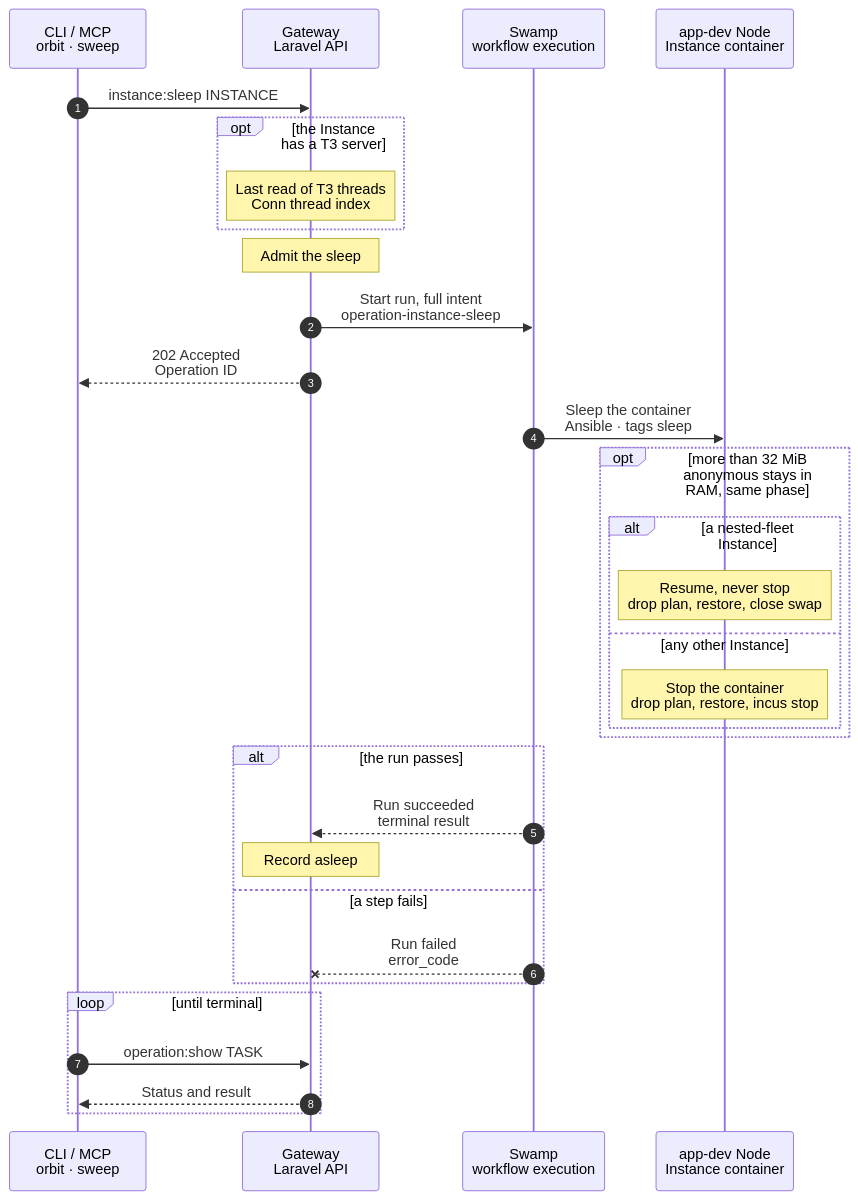
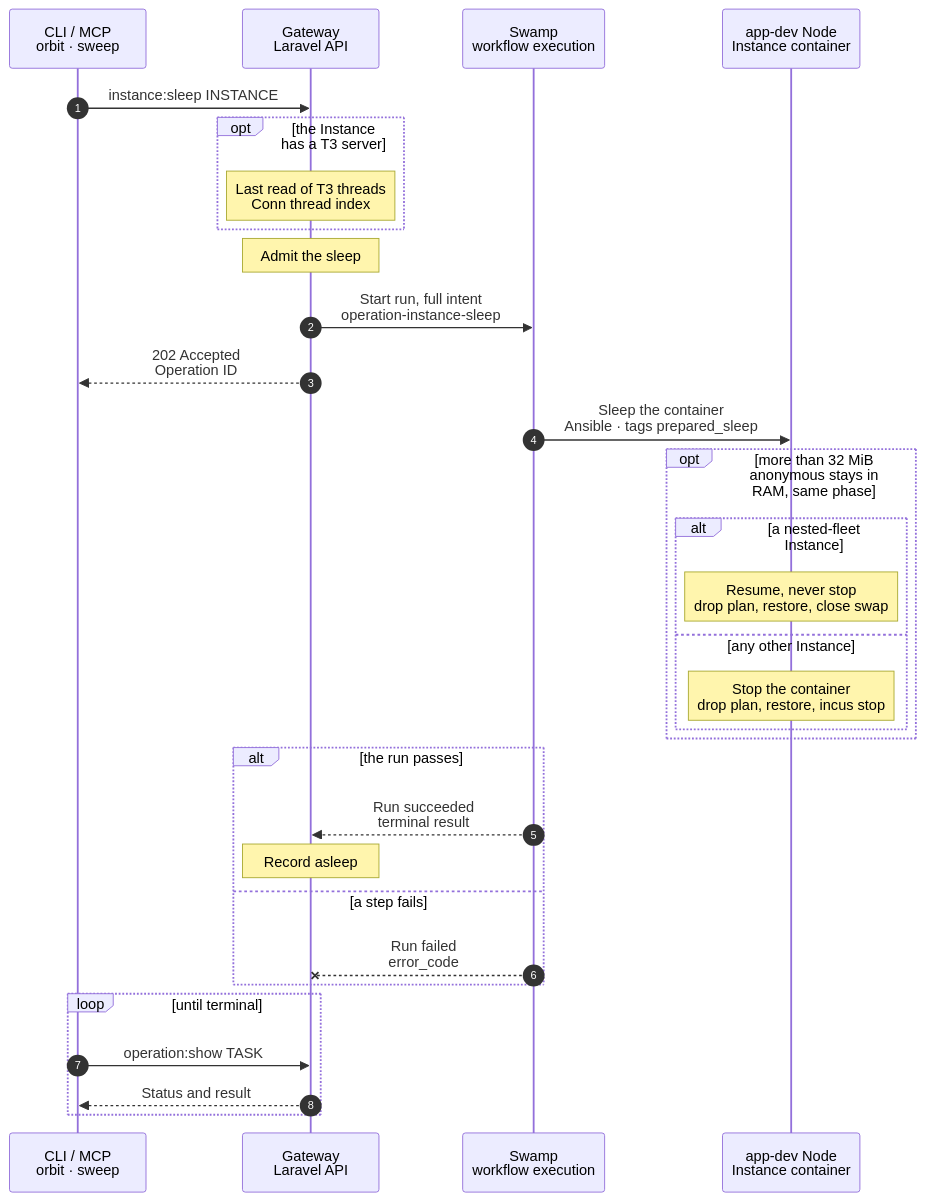
Before and after one commit to hardimpactdev/orbit: the diagram in docs/cli/instance/sleep.mmd, drawn with Mermaid. The commit also changed 5 other files, not shown here.

First line of the commit message:
fix(instances): the sleep phase's tag is prepared_sleep, and the CI registry lists its cases

```diff
--- a/docs/cli/instance/sleep.mmd
+++ b/docs/cli/instance/sleep.mmd
@@ -1,99 +1,99 @@
 sequenceDiagram
   %% Container runtime (ADR 0250 step 8, ADR 0261, docs/reference/development-containers.md#sleep-and-wake, docs/reference/prepared-restore.md): freeze a development container, record the pages its processes had resident, move its memory to swap and leave its Route on the wake page. Defaults and nested-fleet Instances sleep under the same rule as clones (owner decision 2026-11-14). The hibernation sweep admits the same kind after an idle hour; the command admits it at once.
   %% status: draft
   %% command: instance:sleep
   %% kind: instance.sleep
   autonumber
   %% lane CLI icon=terminal pill=caller tone=gray
   %% lane GW icon=gateway pill=intent tone=blue
   %% lane SW icon=workflow pill=executes tone=green
   %% lane N icon=server pill=target tone=amber
   participant CLI as CLI / MCP<br/>orbit · sweep
   participant GW as Gateway<br/>Laravel API
   participant SW as Swamp<br/>workflow execution
   participant N as app-dev Node<br/>Instance container
   CLI->>GW: instance:sleep INSTANCE
   %%> Command:
   %%> - `orbit instance:sleep INSTANCE`
   %%> - syntax: `<instance-id> [--json]`
   %%> Callers:
   %%> - the command, at once
   %%> - the idle sleep of the runtime hibernator, every 10 min, after it read no HTTP, wake or deployment activity for an hour and, for an Instance with a T3 server, no T3 activity and no running turn (docs/reference/development-containers.md#sleep-and-wake)
   opt the Instance has a T3 server
     Note over GW: Last read of T3 threads<br/>Conn thread index
     %%> When:
     %%> - after the refusals and the replay of a repeated request, before the Instance lock; within 3 seconds
     %%> - only while Conn and its index switch `ORBIT_CONN_THREAD_INDEX_POLL` are on; the sleep setting does not matter
     %%> - a default has no T3 server: nothing to read
     %%> What it does:
     %%> - reads the container T3 server's threads once more, so the index keeps them while the Instance sleeps (docs/reference/conn.md#thread-index)
     %%> On failure:
     %%> - the index keeps its earlier rows; the sleep goes on
   end
   Note over GW: Admit the sleep
   %%> When:
   %%> - an active development container, a default and a nested-fleet Instance included; take the Instance lock
   %%> On failure:
   %%> - no container, a non-development Instance, an active task or lifecycle work starts no run
   GW->>SW: Start run, full intent<br/>operation-instance-sleep
   GW-->>CLI: 202 Accepted<br/>Operation ID
-  SW->>N: Sleep the container<br/>Ansible · tags sleep
+  SW->>N: Sleep the container<br/>Ansible · tags prepared_sleep
   %%> What it does:
   %%> - one phase: checks that Caddy's loaded site of the Instance has the asleep rule, else `instance.sleep_route_unready`; an Instance without a published Route has no site and nothing to check; the intent's `route` says which
   %%> - writes the asleep marker, so each request from now on gets the wake page
   %%> - installs the power helper from this commit when it differs, then runs `orbit-instance-power prepare` as the unit `orbit-instance-power-<id>`, the Instance's lock; a busy lock is retried 0.25 s apart, 40 times
   %%> - prepare reads the state from Incus first; running: removes the earlier plan and `sleep.json`, writes `max` to `memory.swap.max` of every cgroup of the subtree that holds 0 and records them in `limits.json` before the pause; `incus pause`
   %%> - prepare, frozen: lists `cgroup.procs` of the whole subtree, every process alike, and records each one's identity and the resident pages of its readable mappings; publishes the plan atomically; one `memory.reclaim`
   %%> - then runs `orbit-instance-power residual` until anonymous and file memory are 0, 20 calls 0.1 s apart; each call reads `memory.stat` once and stores it in `sleep.json`; the last one is what stays in RAM
   %%> - a frozen container stays as it is, keeps its plan for the next wake and reports the earlier sleep's result from `sleep.json`; a stopped one stays stopped, its old plan is discarded, `not_applicable`
   %%> - a busy lock is only systemd's `UnitExists` refusal; a helper crash fails the phase with `instance.power_helper_failed`, never retried
   %%> - a nested-fleet Instance gets no plan: `skipped`, `placement_unproven`
   %%> Why:
   %%> - one phase: each Ansible start costs about 4 s
   %%> - the marker comes before the freeze: a request during the freeze gets the wake page, not a hang
   %%> - the plan is taken frozen, so it is exact; the reclaim follows it, so nothing stays in RAM by design
   %%> - with only the outer cgroup open, 1,531 MiB of a nested default stayed in RAM: a cgroup with 0 keeps its pages
   %%> Not included:
   %%> - no HTTP request, no command in the container, no app file read, no route or process-name choice
   %%> On failure:
   %%> - a capture that is unsupported, too large (docs/reference/prepared-restore.md#bounds) or too slow leaves no plan; the sleep goes on, `skipped` with its reason
   %%> - a failed swap write or pause closes each limit it opened and removes the marker, `instance.container_freeze_failed`; the container serves as before
   opt more than 32 MiB anonymous stays in RAM, same phase
     alt a nested-fleet Instance
       Note over N: Resume, never stop<br/>drop plan, restore, close swap
       %%> Why:
       %%> - a stop loses the Club key in /run and the tunnel `wg-nested`; only a deployment or a start gives them back
       %%> Result:
       %%> - the container runs again, swap closes on each cgroup the freeze opened, the marker goes; the run fails `instance.container_freeze_failed`
       %%> - the Instance serves as before; free swap and run the command again
     else any other Instance
       Note over N: Stop the container<br/>drop plan, restore, incus stop
       %%> Why:
       %%> - swap is full; a frozen container would hold RAM, which a sleep exists to free
       %%> Result:
       %%> - `sleep: stopped`; `discard --plan-only` dropped the plan before the resume, so no prefetch ran while swap is full; `skipped`, `stopped`; the next wake boots it behind the same marker
       %%> On failure:
       %%> - the resumed container runs: swap closes again, the marker goes, `instance.container_freeze_failed`
     end
   end
   alt the run passes
     %% path: main
     SW-->>GW: Run succeeded<br/>terminal result
     Note over GW: Record asleep
     %%> Result:
     %%> - the runtime's `power_state` is `stopped` for a frozen and a stopped container; the result says `sleep: frozen` or `sleep: stopped`, and `swap_subtree`, the number of inner cgroups the freeze opened
     %%> - `prepared_restore`: `ready` with the plan's processes, bytes and `prepare_seconds`, or `unsupported`, `skipped` or `not_applicable` with a reason; `residual_anon_bytes` and `residual_file_bytes` from the last read
     %%> - `t3_turn` is `idle` when the idle sleep read T3 first, `no_server` for an Instance without a T3 server, whoever started the sleep, and `not_checked` for the command
     %%> - the Conn layer shows its T3 server asleep; the hourly renewal skips it
   else a step fails
     %% path: failed
     SW--xGW: Run failed<br/>error_code
     %%> Result:
     %%> - `power_state` stays as it was. A marker left on a running container is harmless: the next request wakes the Instance, which removes it
     %%> Retry:
     %%> - the same command again
   end
   loop until terminal
     CLI->>GW: operation:show TASK
     GW-->>CLI: Status and result
   end
```
